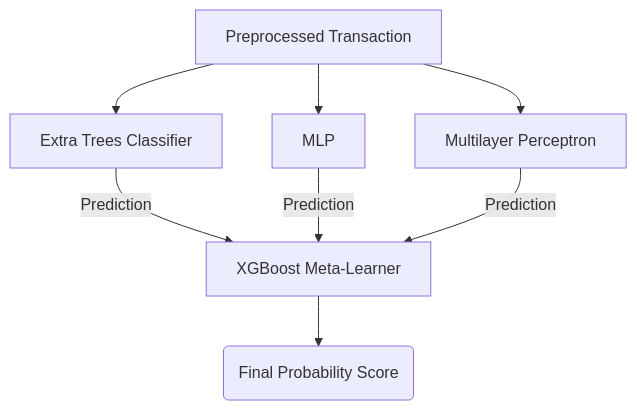
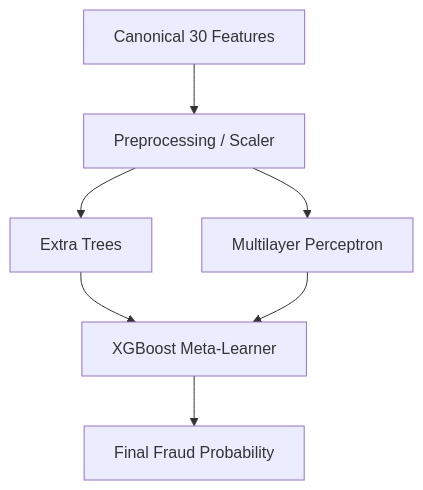
The diagram in docs/ML_PIPELINE.md (JagabattulaKarthikeya-1227/FraudShield-AI), drawn with Mermaid before and after one commit. The commit also changed other lines of this file and 15 other files, not shown here.

````diff
--- a/docs/ML_PIPELINE.md
+++ b/docs/ML_PIPELINE.md
@@ -18,12 +18,9 @@
 ```mermaid
 graph TD
-    Data[Preprocessed Transaction] --> ET[Extra Trees Classifier]
-    Data --> RF[MLP]
-    Data --> MLP[Multilayer Perceptron]
-    
-    ET --> |Prediction| Meta[XGBoost Meta-Learner]
-    RF --> |Prediction| Meta
-    MLP --> |Prediction| Meta
-    
-    Meta --> Result(Final Probability Score)
+    Data[Canonical 30 Features] --> Prep[Preprocessing / Scaler]
+    Prep --> ET[Extra Trees]
+    Prep --> MLP[Multilayer Perceptron]
+    ET --> Meta[XGBoost Meta-Learner]
+    MLP --> Meta
+    Meta --> Result[Final Fraud Probability]
 ```
````
